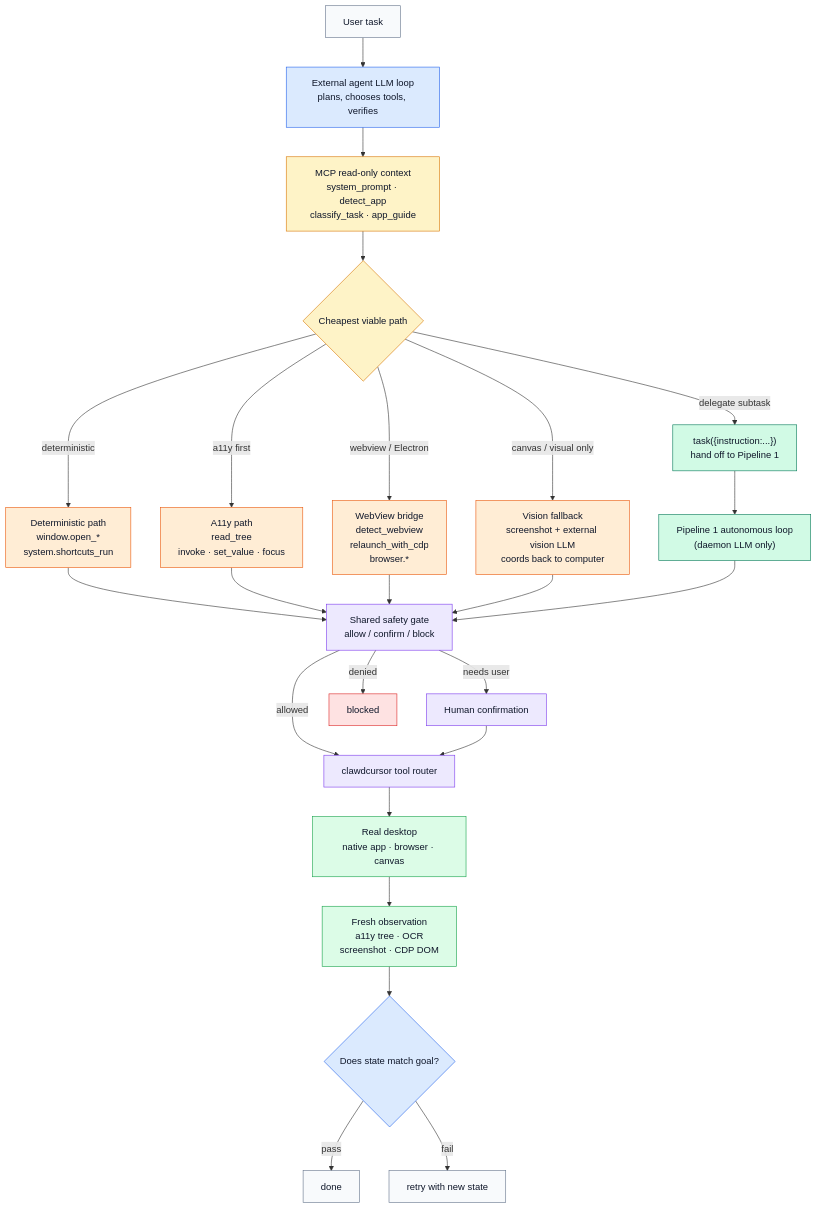
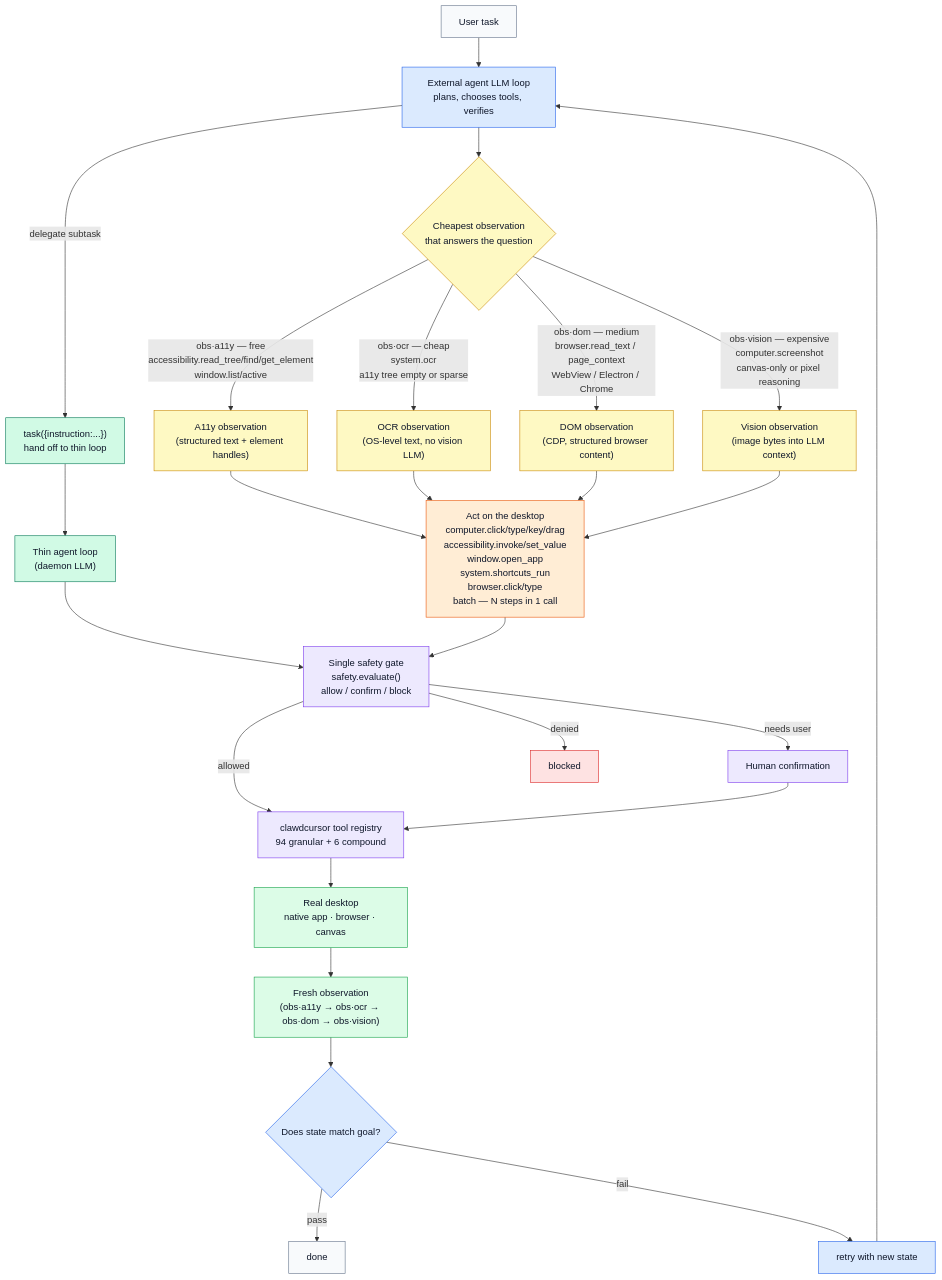
Before and after one commit to gabrielmoreira/agent-skills-mirror: the diagram in mirrors/repos/AmrDab@clawdcursor/README.md, drawn with Mermaid. The commit also changed other lines of this file and 2172 other files, not shown here.

````diff
--- a/mirrors/repos/AmrDab@clawdcursor/README.md
+++ b/mirrors/repos/AmrDab@clawdcursor/README.md
@@ -239,48 +191,51 @@
 ```mermaid
 flowchart TB
     task["User task"] --> loop["External agent LLM loop<br/>plans, chooses tools, verifies"]
-    loop --> context["MCP read-only context<br/>system_prompt · detect_app<br/>classify_task · app_guide"]
-    context --> route{"Cheapest viable path"}
+    loop --> observe{"Cheapest observation<br/>that answers the question"}
 
-    route -- deterministic --> shortcut["Deterministic path<br/>window.open_*<br/>system.shortcuts_run"]
-    route -- a11y first --> a11y["A11y path<br/>read_tree<br/>invoke · set_value · focus"]
-    route -- webview / Electron --> webview["WebView bridge<br/>detect_webview<br/>relaunch_with_cdp<br/>browser.*"]
-    route -- canvas / visual only --> vision["Vision fallback<br/>screenshot + external vision LLM<br/>coords back to computer"]
-    route -- delegate subtask --> handoff["task({instruction:...})<br/>hand off to Pipeline 1"]
+    observe -- "obs·a11y — free<br/>accessibility.read_tree/find/get_element<br/>window.list/active" --> a11y["A11y observation<br/>(structured text + element handles)"]
+    observe -- "obs·ocr — cheap<br/>system.ocr<br/>a11y tree empty or sparse" --> ocr["OCR observation<br/>(OS-level text, no vision LLM)"]
+    observe -- "obs·dom — medium<br/>browser.read_text / page_context<br/>WebView / Electron / Chrome" --> dom["DOM observation<br/>(CDP, structured browser content)"]
+    observe -- "obs·vision — expensive<br/>computer.screenshot<br/>canvas-only or pixel reasoning" --> vision["Vision observation<br/>(image bytes into LLM context)"]
 
-    shortcut --> safety
-    a11y --> safety
-    webview --> safety
-    vision --> safety
-    handoff --> p1["Pipeline 1 autonomous loop<br/>(daemon LLM only)"]
-    p1 --> safety
+    a11y --> act
+    ocr --> act
+    dom --> act
+    vision --> act
 
-    safety["Shared safety gate<br/>allow / confirm / block"] -- allowed --> tools["clawdcursor tool router"]
+    loop -- "delegate subtask" --> handoff["task({instruction:...})<br/>hand off to thin loop"]
+    handoff --> thinloop["Thin agent loop<br/>(daemon LLM)"]
+    thinloop --> safety
+
+    act["Act on the desktop<br/>computer.click/type/key/drag<br/>accessibility.invoke/set_value<br/>window.open_app<br/>system.shortcuts_run<br/>browser.click/type<br/>batch — N steps in 1 call"] --> safety
+
+    safety["Single safety gate<br/>safety.evaluate()<br/>allow / confirm / block"] -- allowed --> tools["clawdcursor tool registry<br/>94 granular + 6 compound"]
     safety -- needs user --> confirm["Human confirmation"] --> tools
     safety -- denied --> blocked["blocked"]
 
     tools --> desktop["Real desktop<br/>native app · browser · canvas"]
-    desktop --> observe["Fresh observation<br/>a11y tree · OCR<br/>screenshot · CDP DOM"]
-    observe --> verify{"Does state match goal?"}
+    desktop --> freshobs["Fresh observation<br/>(obs·a11y → obs·ocr → obs·dom → obs·vision)"]
+    freshobs --> verify{"Does state match goal?"}
 
     verify -- pass --> done["done"]
     verify -- fail --> retry["retry with new state"]
+    retry --> loop
 
     classDef input fill:#f8fafc,stroke:#64748b,color:#0f172a;
     classDef agentNode fill:#dbeafe,stroke:#2563eb,color:#0f172a;
-    classDef contextNode fill:#fef3c7,stroke:#d97706,color:#0f172a;
     classDef gate fill:#ede9fe,stroke:#7c3aed,color:#0f172a;
     classDef desktopNode fill:#dcfce7,stroke:#16a34a,color:#0f172a;
-    classDef expensive fill:#ffedd5,stroke:#ea580c,color:#0f172a;
+    classDef obsNode fill:#fef9c3,stroke:#ca8a04,color:#0f172a;
+    classDef actNode fill:#ffedd5,stroke:#ea580c,color:#0f172a;
     classDef handoffNode fill:#d1fae5,stroke:#047857,color:#0f172a;
     classDef stop fill:#fee2e2,stroke:#dc2626,color:#0f172a;
 
-    class task,done,retry input;
-    class loop,verify agentNode;
-    class context,route contextNode;
+    class task,done input;
+    class loop,verify,retry agentNode;
     class safety,confirm,tools gate;
-    class desktop,observe desktopNode;
-    class shortcut,a11y,webview,vision expensive;
-    class handoff,p1 handoffNode;
+    class desktop,freshobs desktopNode;
+    class observe,a11y,ocr,dom,vision obsNode;
+    class act actNode;
+    class handoff,thinloop handoffNode;
     class blocked stop;
 ```
````
